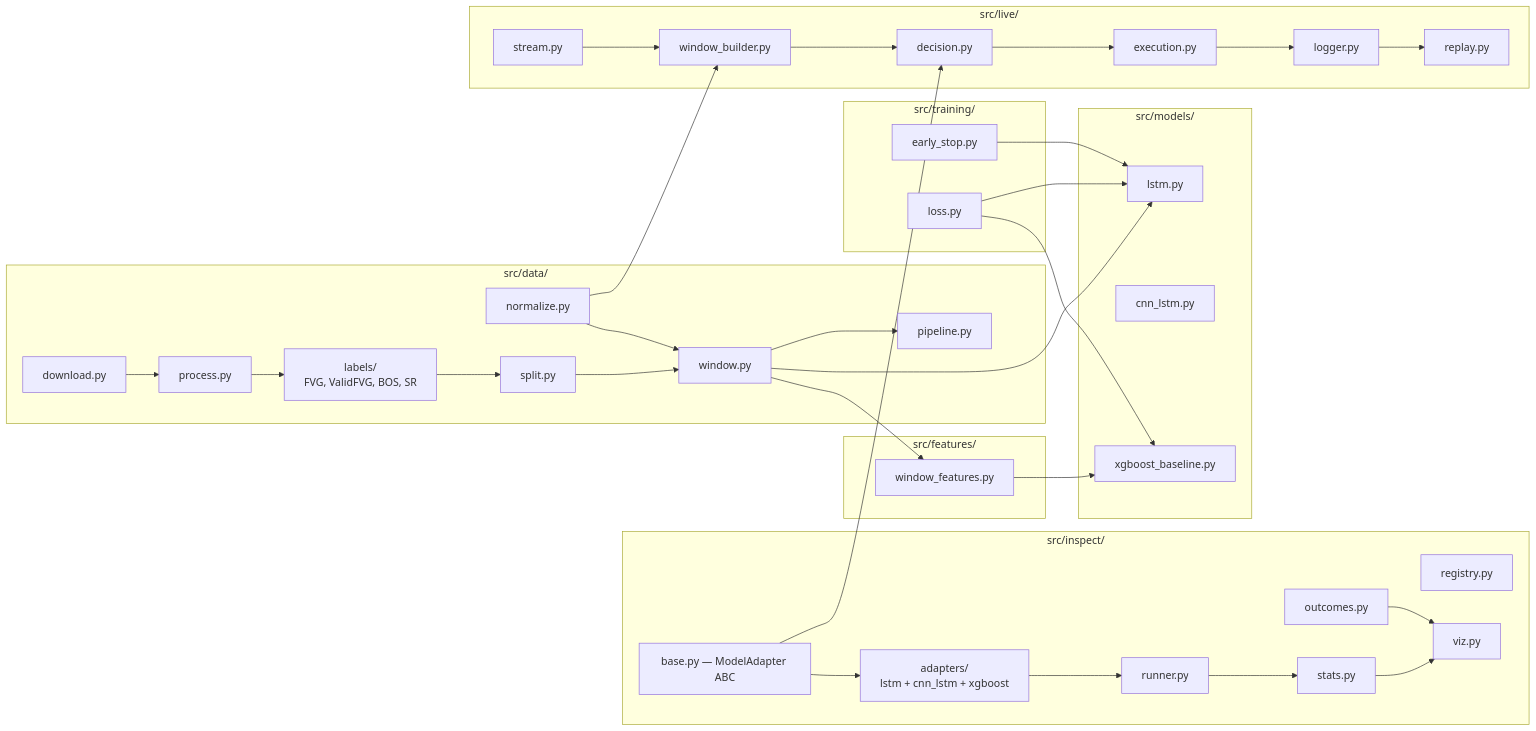
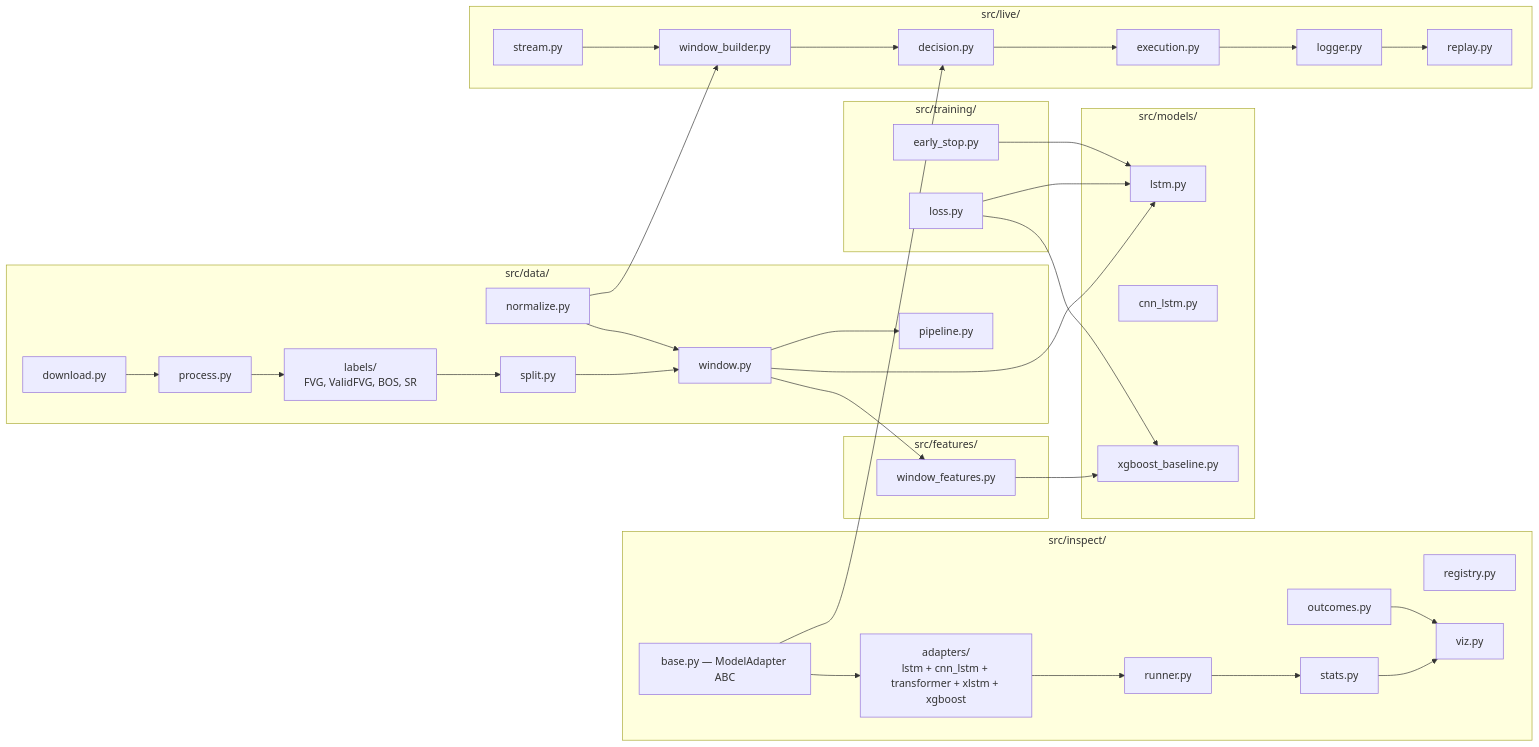
Before and after one commit to nbaburov/fvg-zone-detection: the first of 3 diagrams in docs/architecture.md, drawn with Mermaid. The commit also changed other lines of this file and 15 other files, not shown here.

````diff
--- a/docs/architecture.md
+++ b/docs/architecture.md
@@ -142,63 +144,63 @@
 ```mermaid
 flowchart LR
     subgraph DATA["src/data/"]
         DL[download.py]
         PR[process.py]
         LB["labels/<br/>FVG, ValidFVG, BOS, SR"]
         SP[split.py]
         WD[window.py]
         NM[normalize.py]
         PL[pipeline.py]
     end
 
     subgraph FEAT["src/features/"]
         WF[window_features.py]
     end
 
     subgraph MOD["src/models/"]
         LS[lstm.py]
         CL[cnn_lstm.py]
         XB[xgboost_baseline.py]
     end
 
     subgraph TR["src/training/"]
         LO[loss.py]
         ES[early_stop.py]
     end
 
     subgraph INS["src/inspect/"]
         BA[base.py — ModelAdapter ABC]
         RG[registry.py]
         RN[runner.py]
         ST[stats.py]
         OC[outcomes.py]
         VZ[viz.py]
-        AD["adapters/<br/>lstm + cnn_lstm + xgboost"]
+        AD["adapters/<br/>lstm + cnn_lstm + transformer + xlstm + xgboost"]
     end
 
     subgraph LIV["src/live/"]
         SM[stream.py]
         WB[window_builder.py]
         DC[decision.py]
         EX[execution.py]
         LG[logger.py]
         RP[replay.py]
     end
 
     DL --> PR --> LB --> SP --> WD --> PL
     NM --> WD
     NM --> WB
     WD --> WF
     WF --> XB
     WD --> LS
     LO --> LS
     LO --> XB
     ES --> LS
     BA --> AD
     AD --> RN
     RN --> ST --> VZ
     OC --> VZ
     BA --> DC
     SM --> WB --> DC --> EX --> LG
     LG --> RP
 ```
````
